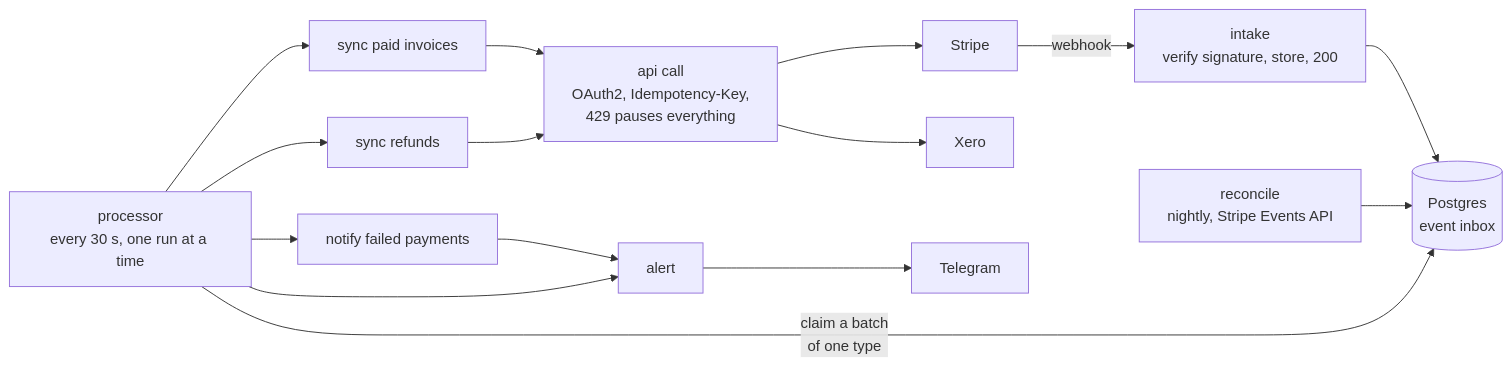
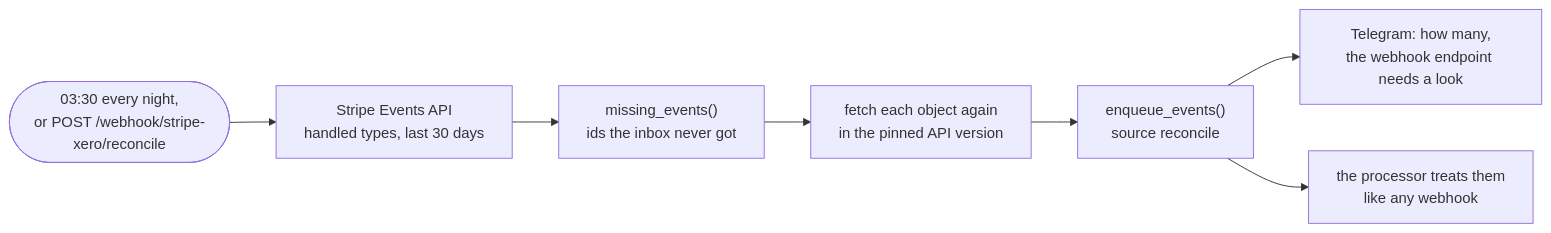
The fourth of 5 diagrams in README.md (nightloom-dev/n8n-stripe-xero), drawn with Mermaid before and after one commit. The commit also changed other lines of this file and 4 other files, not shown here.

Commit message:
expand README: diagrams, request flow, failure handling, config and operations

````diff
--- a/README.md
+++ b/README.md
@@ -33,11 +231,9 @@
 ```mermaid
 flowchart LR
-  stripe[Stripe] -- webhook --> intake["intake<br>verify signature, store, 200"]
-  intake --> inbox[("Postgres<br>event inbox")]
-  reconcile["reconcile<br>nightly, Stripe Events API"] --> inbox
-  processor["processor<br>every 30 s, one run at a time"] -- "claim a batch<br>of one type" --> inbox
-  processor --> paid["sync paid invoices"] & refunds["sync refunds"] & failed["notify failed payments"]
-  paid & refunds --> api["api call<br>OAuth2, Idempotency-Key,<br>429 pauses everything"]
-  api --> xero[Xero] & stripe
-  failed & processor --> alert["alert"] --> telegram[Telegram]
+  start(["03:30 every night,<br>or POST /webhook/stripe-xero/reconcile"]) --> list["Stripe Events API<br>handled types, last 30 days"]
+  list --> missing["missing_events()<br>ids the inbox never got"]
+  missing --> fetch["fetch each object again<br>in the pinned API version"]
+  fetch --> queue["enqueue_events()<br>source reconcile"]
+  queue --> alert["Telegram: how many,<br>the webhook endpoint needs a look"]
+  queue --> processor["the processor treats them<br>like any webhook"]
 ```
````
